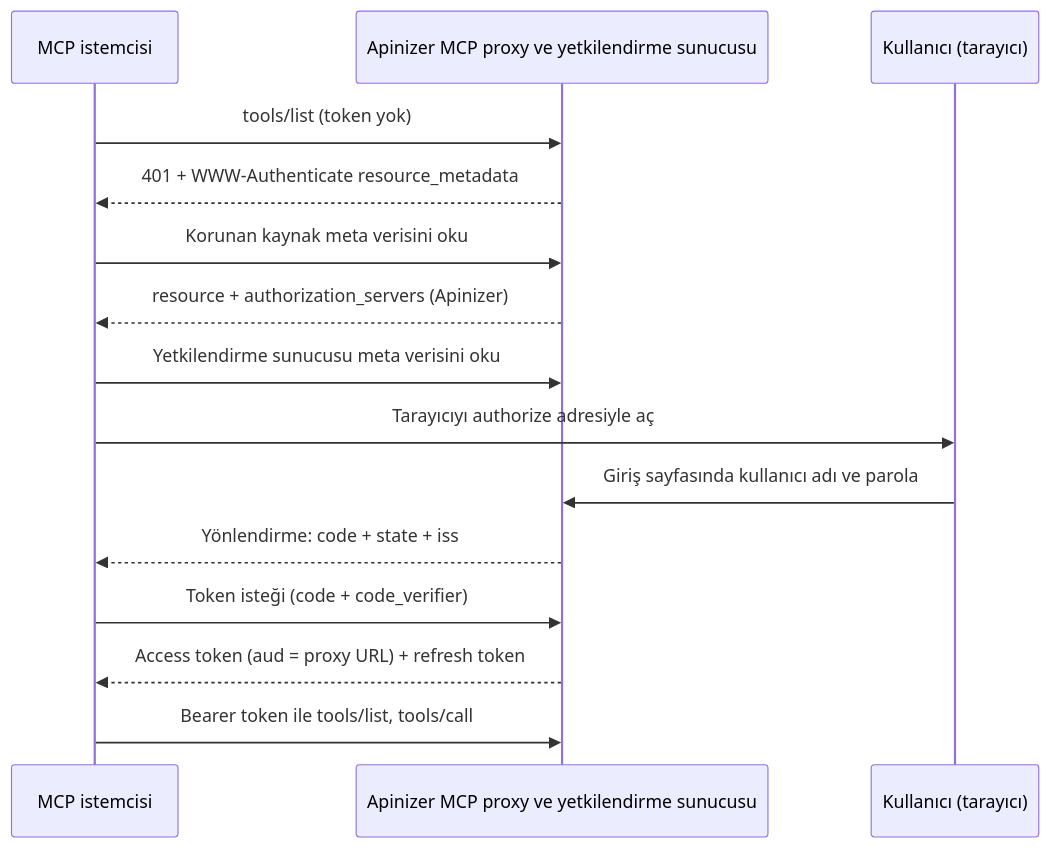
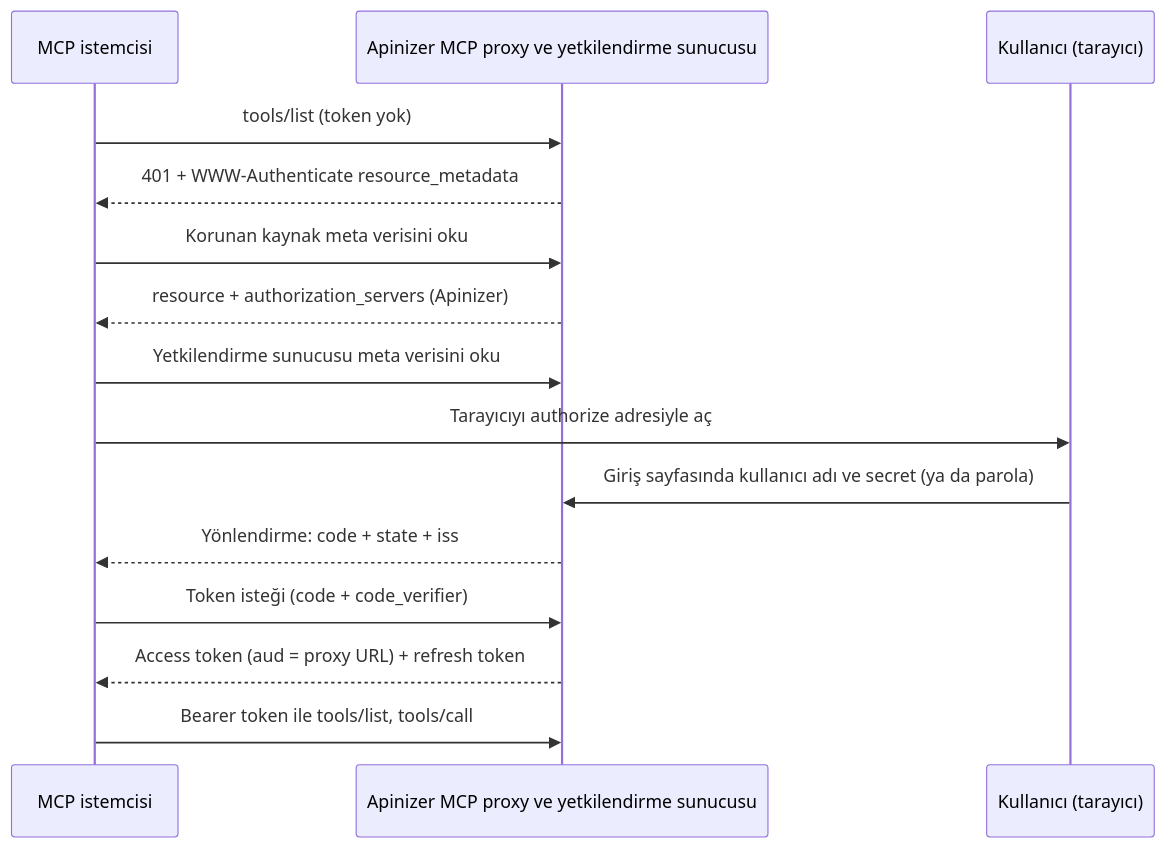
The diagram in tr/tutorials/ai-proxy-senaryolari/mcp-gateway-tarayici-girisi.mdx (apinizer/docs), drawn with Mermaid before and after one commit. The commit also changed other lines of this file and 11 other files, not shown here.

````diff
--- a/tr/tutorials/ai-proxy-senaryolari/mcp-gateway-tarayici-girisi.mdx
+++ b/tr/tutorials/ai-proxy-senaryolari/mcp-gateway-tarayici-girisi.mdx
@@ -26,17 +27,17 @@
 ```mermaid
 sequenceDiagram
     participant C as MCP istemcisi
     participant G as Apinizer MCP proxy ve yetkilendirme sunucusu
     participant U as Kullanıcı (tarayıcı)
     C->>G: tools/list (token yok)
     G-->>C: 401 + WWW-Authenticate resource_metadata
     C->>G: Korunan kaynak meta verisini oku
     G-->>C: resource + authorization_servers (Apinizer)
     C->>G: Yetkilendirme sunucusu meta verisini oku
     C->>U: Tarayıcıyı authorize adresiyle aç
-    U->>G: Giriş sayfasında kullanıcı adı ve parola
+    U->>G: Giriş sayfasında kullanıcı adı ve secret (ya da parola)
     G-->>C: Yönlendirme: code + state + iss
     C->>G: Token isteği (code + code_verifier)
     G-->>C: Access token (aud = proxy URL) + refresh token
     C->>G: Bearer token ile tools/list, tools/call
 ```
````
